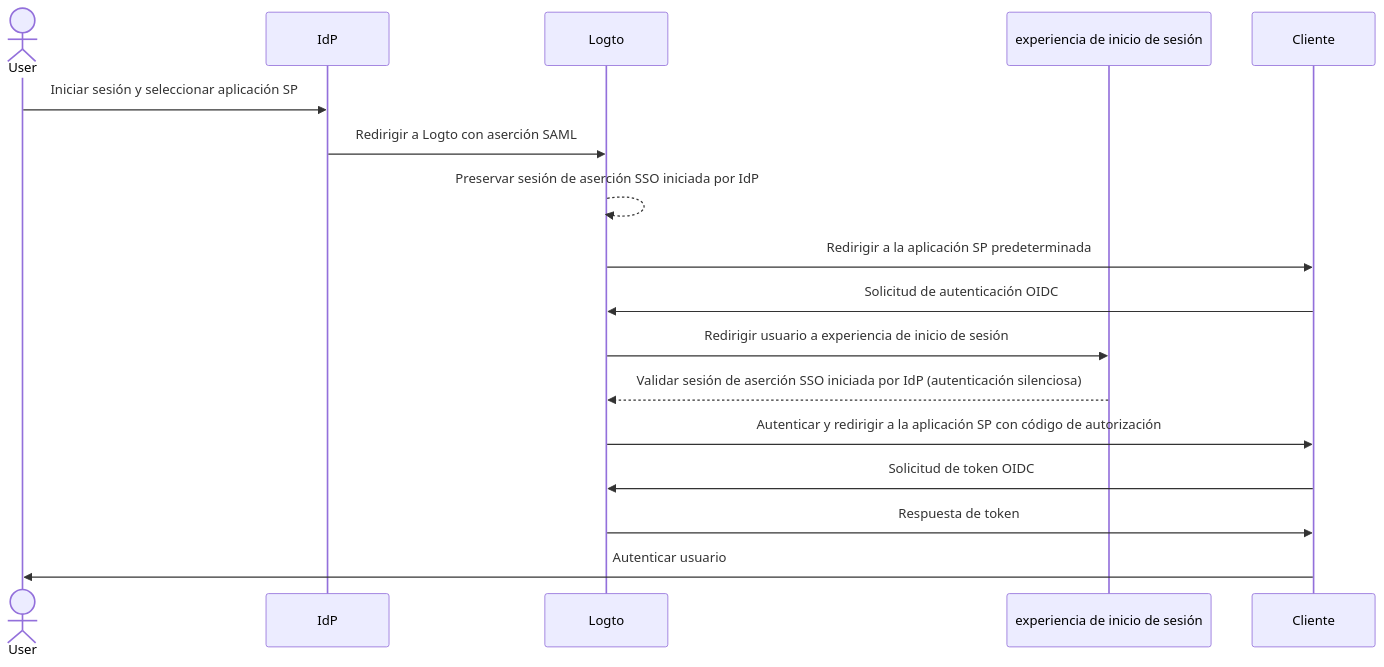
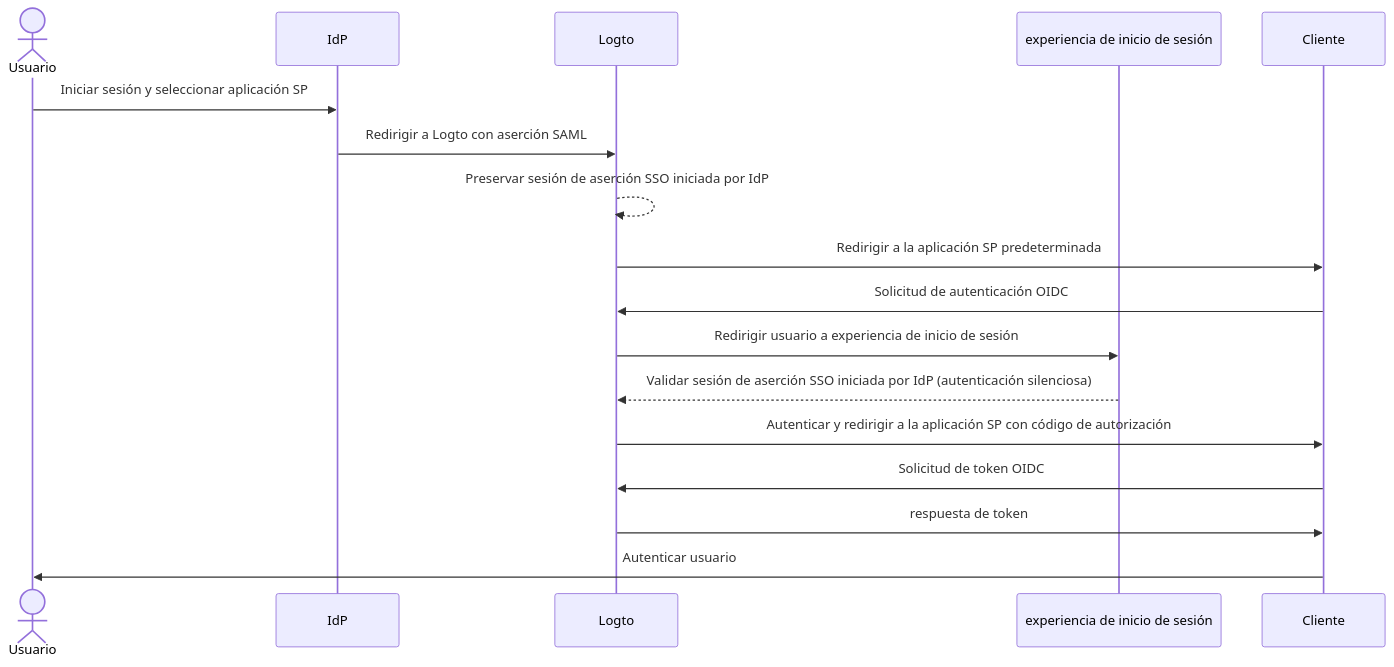
Before and after one commit to logto-io/docs: the first of 2 diagrams in i18n/es/docusaurus-plugin-content-docs/current/end-user-flows/enterprise-sso/idp-initiated-sso.mdx, drawn with Mermaid. The commit also changed other lines of this file and 666 other files, not shown here.

````diff
--- a/i18n/es/docusaurus-plugin-content-docs/current/end-user-flows/enterprise-sso/idp-initiated-sso.mdx
+++ b/i18n/es/docusaurus-plugin-content-docs/current/end-user-flows/enterprise-sso/idp-initiated-sso.mdx
@@ -60,20 +60,20 @@
 ```mermaid
 sequenceDiagram
-    actor User
+    actor Usuario
     participant IdP as IdP
     participant Logto as Logto
-    participant Experience as experiencia de inicio de sesión
+    participant Experiencia as experiencia de inicio de sesión
     participant SP as Cliente
 
-    User->>IdP: Iniciar sesión y seleccionar aplicación SP
+    Usuario->>IdP: Iniciar sesión y seleccionar aplicación SP
     IdP->>Logto: Redirigir a Logto con aserción SAML
     Logto-->>Logto: Preservar sesión de aserción SSO iniciada por IdP
     Logto->>SP: Redirigir a la aplicación SP predeterminada
     SP->>Logto: Solicitud de autenticación OIDC
-    Logto->>Experience: Redirigir usuario a experiencia de inicio de sesión
-    Experience-->>Logto: Validar sesión de aserción SSO iniciada por IdP (autenticación silenciosa)
+    Logto->>Experiencia: Redirigir usuario a experiencia de inicio de sesión
+    Experiencia-->>Logto: Validar sesión de aserción SSO iniciada por IdP (autenticación silenciosa)
     Logto->>SP: Autenticar y redirigir a la aplicación SP con código de autorización
     SP->>Logto: Solicitud de token OIDC
-    Logto->>SP: Respuesta de token
-    SP->>User: Autenticar usuario
+    Logto->>SP: respuesta de token
+    SP->>Usuario: Autenticar usuario
 ```
````
